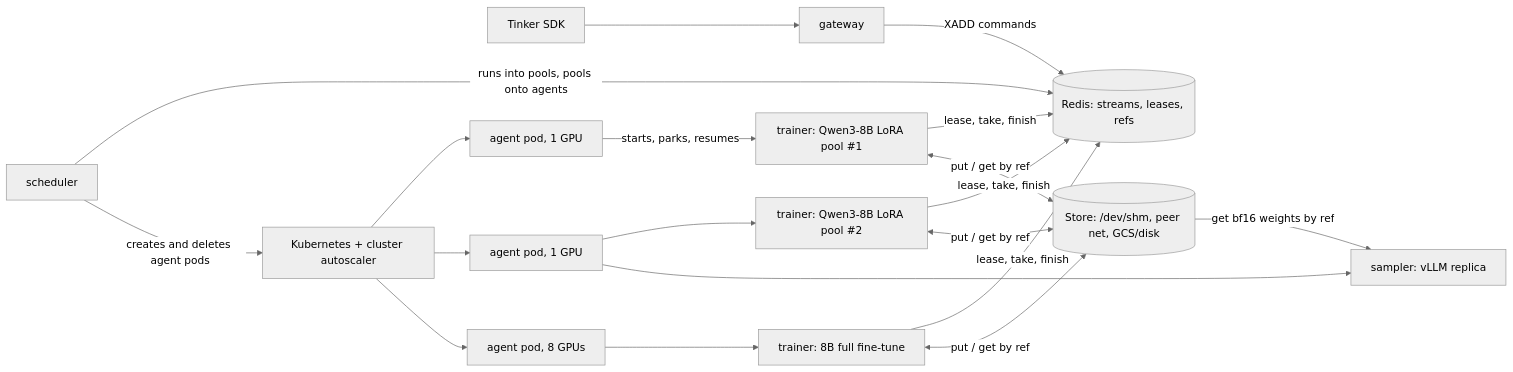
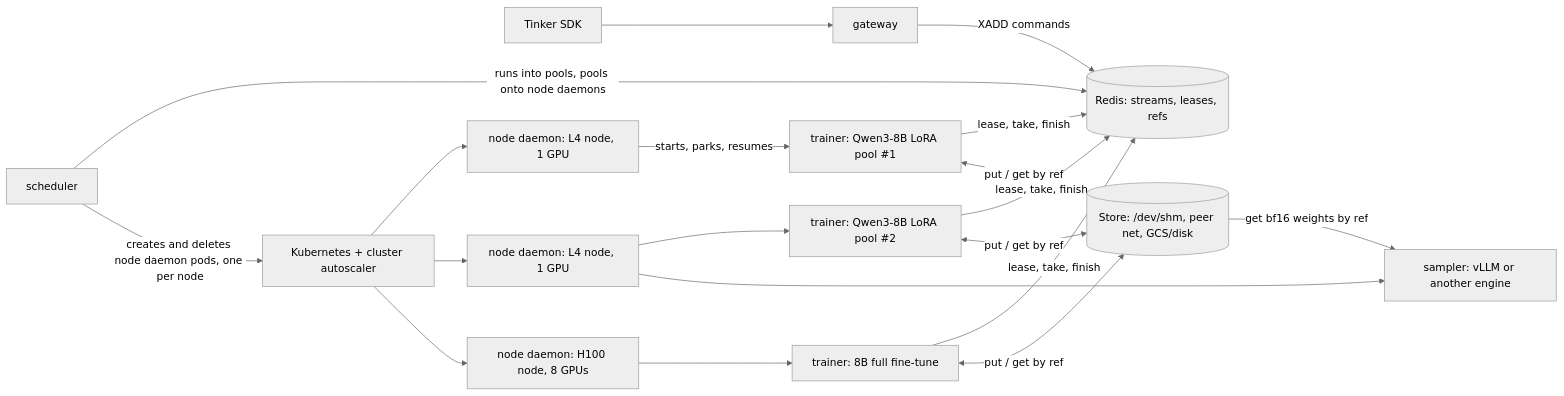
Before and after one commit to ShubyM/tiny-open-rl: the first of 2 diagrams in docs/kubernetes.md, drawn with Mermaid (neutral theme). The commit also changed other lines of this file, not shown here.

First line of the commit message:
Redesign the Kubernetes scheduler around cheap moves and measured numbers (#7)

````diff
--- a/docs/kubernetes.md
+++ b/docs/kubernetes.md
@@ -13,17 +17,17 @@
 ```mermaid
 flowchart LR
   SDK["Tinker SDK"] --> GW["gateway"]
   GW -- "XADD commands" --> R[("Redis: streams, leases, refs")]
-  S["scheduler"] -- "runs into pools, pools onto agents" --> R
-  S -- "creates and deletes agent pods" --> K["Kubernetes + cluster autoscaler"]
-  K --> A1["agent pod, 1 GPU"]
-  K --> A2["agent pod, 1 GPU"]
-  K --> A8["agent pod, 8 GPUs"]
+  S["scheduler"] -- "runs into pools, pools onto node daemons" --> R
+  S -- "creates and deletes node daemon pods, one per node" --> K["Kubernetes + cluster autoscaler"]
+  K --> A1["node daemon: L4 node, 1 GPU"]
+  K --> A2["node daemon: L4 node, 1 GPU"]
+  K --> A8["node daemon: H100 node, 8 GPUs"]
   A1 -- "starts, parks, resumes" --> T1["trainer: Qwen3-8B LoRA pool #1"]
   A2 --> T2["trainer: Qwen3-8B LoRA pool #2"]
   A8 --> T3["trainer: 8B full fine-tune"]
-  A2 --> V1["sampler: vLLM replica"]
+  A2 --> V1["sampler: vLLM or another engine"]
   T1 & T2 & T3 -- "lease, take, finish" --> R
   T1 & T2 & T3 <-- "put / get by ref" --> ST[("Store: /dev/shm, peer net, GCS/disk")]
   ST -- "get bf16 weights by ref" --> V1
 ```
````
